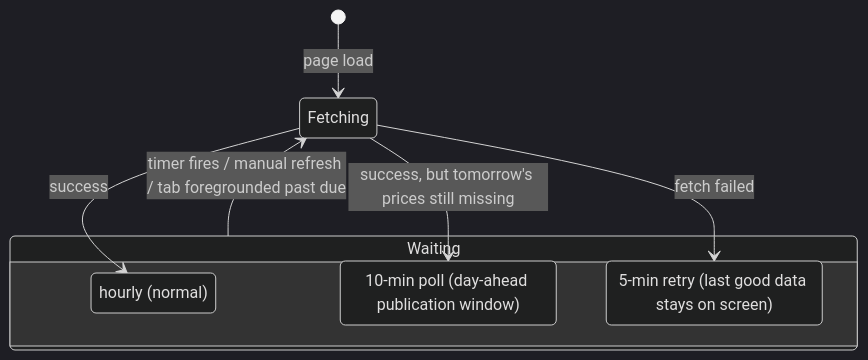
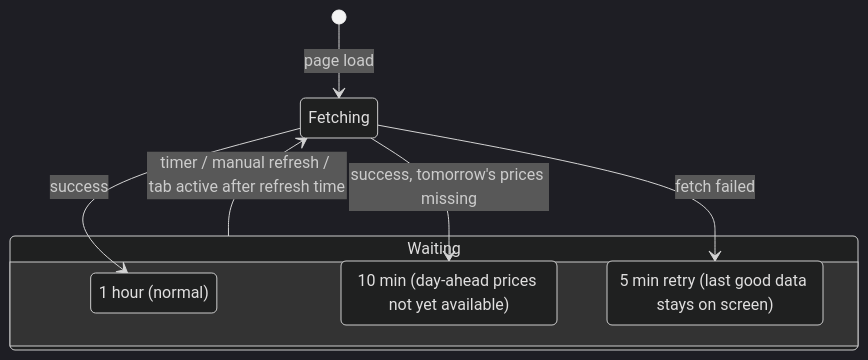
The third of 3 diagrams in README.md (ltpk/charging-optimizer), drawn with Mermaid (dark theme) before and after one commit. The commit also changed other lines of this file and 12 other files, not shown here.

````diff
--- a/README.md
+++ b/README.md
@@ -81,13 +141,13 @@
 ```mermaid
 stateDiagram-v2
   [*] --> Fetching : page load
   state Waiting {
-    WaitHourly : hourly (normal)
-    WaitDayAhead : 10-min poll (day-ahead publication window)
-    WaitRetry : 5-min retry (last good data stays on screen)
+    WaitHourly : 1 hour (normal)
+    WaitDayAhead : 10 min (day-ahead prices not yet available)
+    WaitRetry : 5 min retry (last good data stays on screen)
   }
   Fetching --> WaitHourly : success
-  Fetching --> WaitDayAhead : success, but tomorrow's prices still missing
+  Fetching --> WaitDayAhead : success, tomorrow's prices missing
   Fetching --> WaitRetry : fetch failed
-  Waiting --> Fetching : timer fires / manual refresh / tab foregrounded past due
+  Waiting --> Fetching : timer / manual refresh / tab active after refresh time
 ```
````
